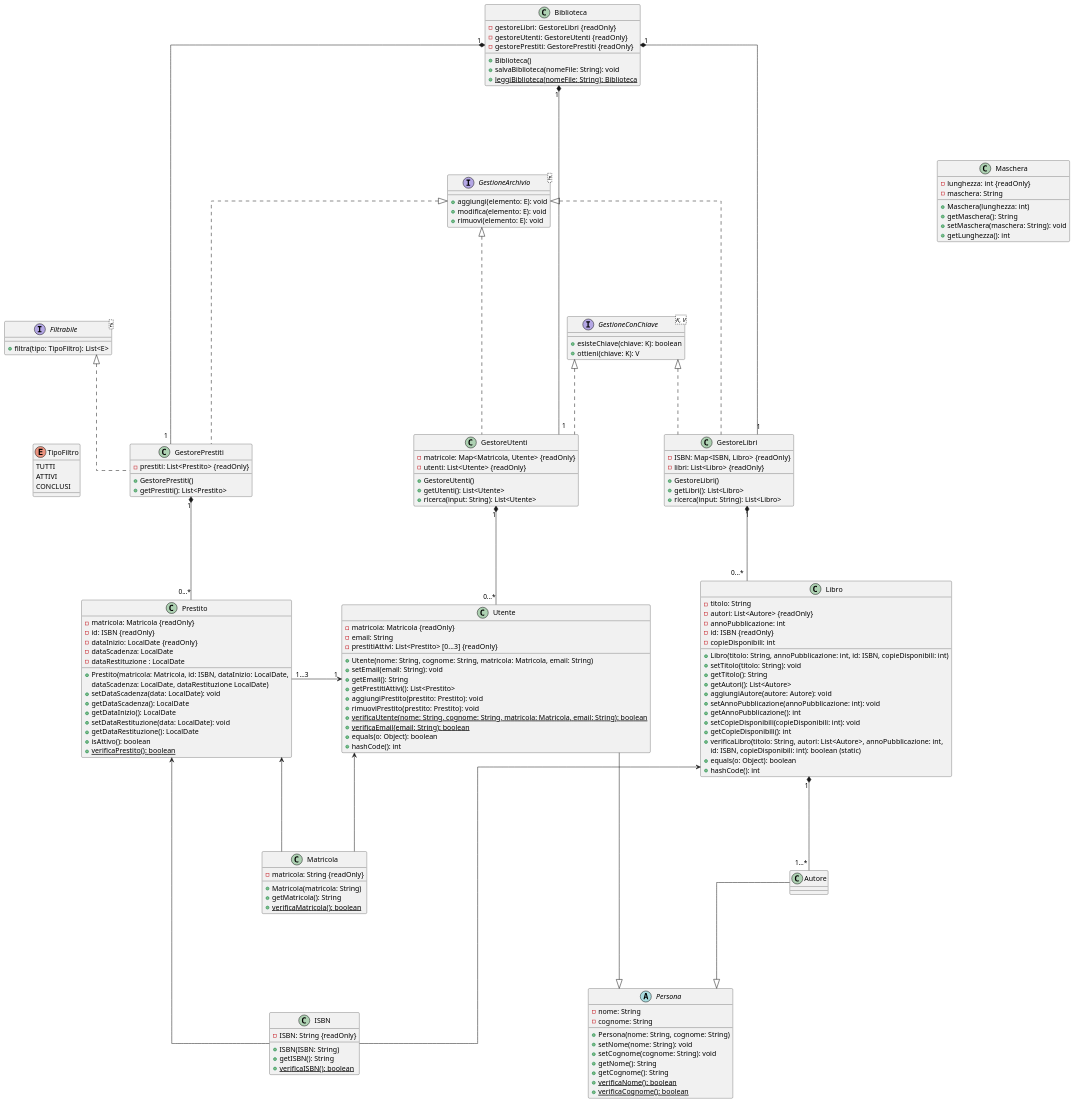
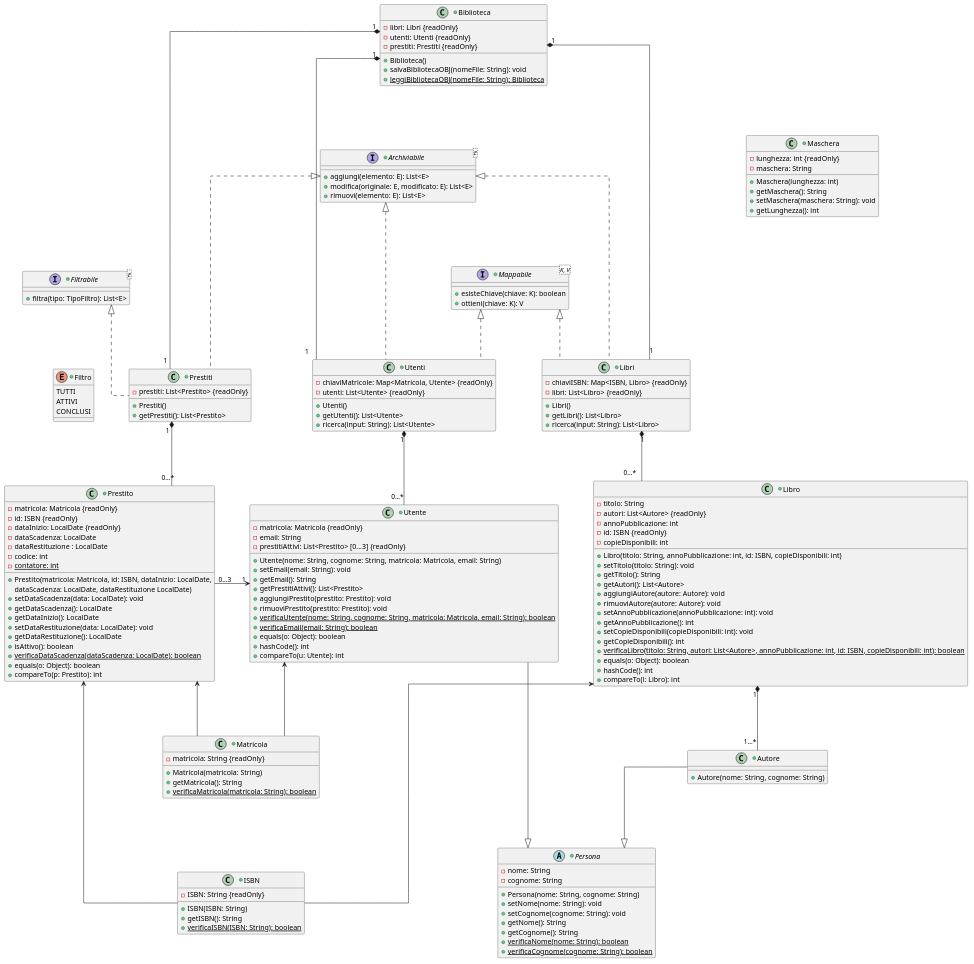
The diagram in documents/DiagrammiUML/classdiagram.puml (TitanVoid/ProgSE-Biblioteca), drawn with PlantUML before and after one commit. The commit also changed 1 other file, not shown here.

Commit message:
Versione finale diagramma delle classi

```diff
--- a/documents/DiagrammiUML/classdiagram.puml
+++ b/documents/DiagrammiUML/classdiagram.puml
@@ -1,6 +1,6 @@
 @startuml
-skinparam nodesep 100
-skinparam ranksep 150
+skinparam nodesep 70
+skinparam ranksep 100
 skinparam linetype ortho
 'skinparam linetype polyline
 top to bottom direction
@@ -9,59 +9,59 @@
 
 '------------------------------------------CLASSI/INTERFACCE------------------------------------------
 
-interface GestioneConChiave<K, V> {
++interface Mappabile<K, V> {
 +esisteChiave(chiave: K): boolean
 +ottieni(chiave: K): V
 }
 
 
-class Biblioteca {
--gestoreLibri: GestoreLibri {readOnly}
--gestoreUtenti: GestoreUtenti {readOnly}
--gestorePrestiti: GestorePrestiti {readOnly}
++class Biblioteca {
+-libri: Libri {readOnly}
+-utenti: Utenti {readOnly}
+-prestiti: Prestiti {readOnly}
 
 +Biblioteca()
-+salvaBiblioteca(nomeFile: String): void
-+leggiBiblioteca(nomeFile: String): Biblioteca {static}
++salvaBibliotecaOBJ(nomeFile: String): void
++leggiBibliotecaOBJ(nomeFile: String): Biblioteca {static}
 }
 
 
-interface GestioneArchivio<E> {
-+aggiungi(elemento: E): void
-+modifica(elemento: E): void
-+rimuovi(elemento: E): void
++interface Archiviabile<E> {
++aggiungi(elemento: E): List<E>
++modifica(originale: E, modificato: E): List<E>
++rimuovi(elemento: E): List<E>
 }
 
 
-class GestoreUtenti {
--matricole: Map<Matricola, Utente> {readOnly}
++class Utenti {
+-chiaviMatricole: Map<Matricola, Utente> {readOnly}
 -utenti: List<Utente> {readOnly}
 
-+GestoreUtenti()
++Utenti()
 +getUtenti(): List<Utente>
 +ricerca(input: String): List<Utente> 
 }
 
 
-class GestoreLibri {
--ISBN: Map<ISBN, Libro> {readOnly}
++class Libri {
+-chiaviISBN: Map<ISBN, Libro> {readOnly}
 -libri: List<Libro> {readOnly}
 
-+GestoreLibri()
++Libri()
 +getLibri(): List<Libro>
 +ricerca(input: String): List<Libro> 
 }
 
 
-class GestorePrestiti {
++class Prestiti {
 -prestiti: List<Prestito> {readOnly}
 
-+GestorePrestiti()
++Prestiti()
 +getPrestiti(): List<Prestito>
 }
 
 
-class Utente {
++class Utente {
 -matricola: Matricola {readOnly}
 -email: String
 -prestitiAttivi: List<Prestito> [0...3] {readOnly}
@@ -76,10 +76,11 @@
 +verificaEmail(email: String): boolean {static} 
 +equals(o: Object): boolean
 +hashCode(): int
++compareTo(u: Utente): int
 }
 
 
-class Libro {
++class Libro {
 -titolo: String
 -autori: List<Autore> {readOnly}
 -annoPubblicazione: int 
@@ -91,23 +92,26 @@
 +getTitolo(): String
 +getAutori(): List<Autore>
 +aggiungiAutore(autore: Autore): void
++rimuoviAutore(autore: Autore): void
 +setAnnoPubblicazione(annoPubblicazione: int): void
 +getAnnoPubblicazione(): int
 +setCopieDisponibili(copieDisponibili: int): void
 +getCopieDisponibili(): int
-+verificaLibro(titolo: String, autori: List<Autore>, annoPubblicazione: int,
- id: ISBN, copieDisponibili: int): boolean (static)
++verificaLibro(titolo: String, autori: List<Autore>, annoPubblicazione: int, id: ISBN, copieDisponibili: int): boolean {static}
 +equals(o: Object): boolean
 +hashCode(): int
++compareTo(l: Libro): int
 }
 
 
-class Prestito {
++class Prestito {
 -matricola: Matricola {readOnly}
 -id: ISBN {readOnly}
 -dataInizio: LocalDate {readOnly}
 -dataScadenza: LocalDate 
--dataRestituzione : LocalDate 
+-dataRestituzione : LocalDate
+-codice: int
+-contatore: int {static}
 
 +Prestito(matricola: Matricola, id: ISBN, dataInizio: LocalDate,
 dataScadenza: LocalDate, dataRestituzione LocalDate)
@@ -117,11 +121,13 @@
 +setDataRestituzione(data: LocalDate): void
 +getDataRestituzione(): LocalDate 
 +isAttivo(): boolean
-+verificaPrestito(): boolean {static}
++verificaDataScadenza(dataScadenza: LocalDate): boolean {static}
++equals(o: Object): boolean
++compareTo(p: Prestito): int
 }
 
 
-abstract class Persona {
++abstract class Persona {
 -nome: String
 -cognome: String 
 
@@ -130,35 +136,35 @@
 +setCognome(cognome: String): void 
 +getNome(): String
 +getCognome(): String
-+verificaNome(): boolean {static}
-+verificaCognome(): boolean {static}
++verificaNome(nome: String): boolean {static}
++verificaCognome(cognome: String): boolean {static}
 }
 
 
-class Autore {
-
++class Autore {
++Autore(nome: String, cognome: String)
 }
 
 
-class Matricola {
++class Matricola {
 -matricola: String {readOnly}
 
 +Matricola(matricola: String)
 +getMatricola(): String
-+verificaMatricola(): boolean {static}
++verificaMatricola(matricola: String): boolean {static}
 }
 
 
-class ISBN {
++class ISBN {
 -ISBN: String {readOnly}
 
 +ISBN(ISBN: String)
 +getISBN(): String
-+verificaISBN(): boolean {static}
++verificaISBN(ISBN: String): boolean {static}
 }
 
 
-class Maschera {
++class Maschera {
 -lunghezza: int {readOnly}
 -maschera: String
 
@@ -169,12 +175,12 @@
 }
 
 
-interface Filtrabile<E> {
++interface Filtrabile<E> {
 +filtra(tipo: TipoFiltro): List<E>
 }
 
 
-enum TipoFiltro {
++enum Filtro {
 TUTTI
 ATTIVI
 CONCLUSI
@@ -185,16 +191,16 @@
 
 '------------------------------------------LAYOUT------------------------------------------
 
-Biblioteca -[hidden]-> GestioneArchivio
-Biblioteca -[hidden]-> GestioneConChiave
+Biblioteca -[hidden]-> Archiviabile
+Biblioteca -[hidden]-> Mappabile
 
-GestioneArchivio -[hidden]> GestioneConChiave
+Archiviabile -[hidden]> Mappabile
 
-GestioneConChiave -[hidden]-> GestoreLibri
-GestioneConChiave -[hidden]-> GestoreUtenti
+Mappabile -[hidden]-> Libri
+Mappabile -[hidden]-> Utenti
 
-GestorePrestiti -[hidden]> GestoreUtenti
-GestoreUtenti -[hidden]> GestoreLibri
+Prestiti -[hidden]> Utenti
+Utenti -[hidden]> Libri
 
 Utente -[hidden]> Libro
 
@@ -208,17 +214,17 @@
 
 '------------------------------------------RELAZIONI------------------------------------------
 
-Biblioteca "1" *--- "1" GestoreUtenti
-Biblioteca "1" *-- "1" GestoreLibri
-Biblioteca "1" *-- "1" GestorePrestiti
+Biblioteca "1" *--- "1" Utenti
+Biblioteca "1" *-- "1" Libri
+Biblioteca "1" *-- "1" Prestiti
 
-GestoreUtenti "1" *-- "0...*" Utente
-GestoreLibri "1" *-- "0...*" Libro
-GestorePrestiti "1" *-- "0...*" Prestito
+Utenti "1" *-- "0...*" Utente
+Libri "1" *-- "0...*" Libro
+Prestiti "1" *-- "0...*" Prestito
 
 Libro "1" *-- "1...*" Autore
 
-Prestito "1...3" -> "1" Utente
+Prestito "0...3" -> "1" Utente
 
 Utente -|> Persona
 Autore -down-|> Persona
@@ -229,15 +235,15 @@
 Utente <-- Matricola
 Prestito <-- Matricola
 
-GestioneConChiave <|.down. GestoreUtenti
-GestioneConChiave <|.down. GestoreLibri
+Mappabile <|.down. Utenti
+Mappabile <|.down. Libri
 
-GestioneArchivio <|... GestorePrestiti
-GestioneArchivio <|... GestoreUtenti
-GestioneArchivio <|... GestoreLibri
+Archiviabile <|... Prestiti
+Archiviabile <|... Utenti
+Archiviabile <|... Libri
 
-GestorePrestiti .up.|> Filtrabile 
+Prestiti .up.|> Filtrabile 
 
-Filtrabile -[hidden]-> TipoFiltro
+Filtrabile -[hidden]-> Filtro
 
 @enduml
```
